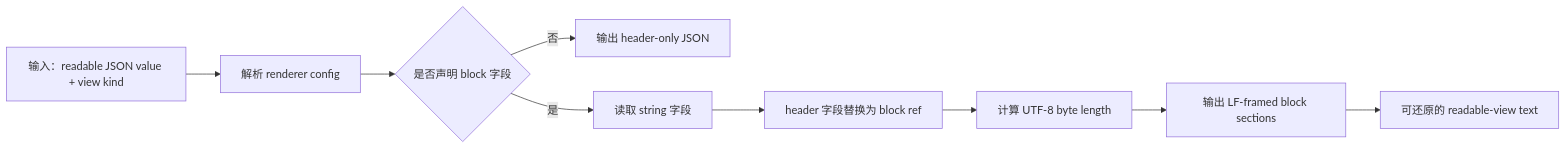
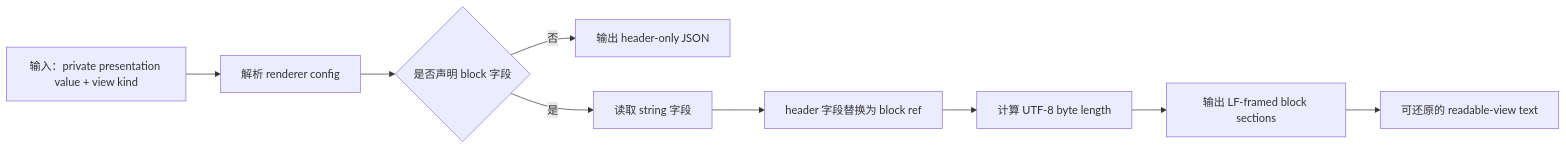
Before and after one commit to zxyycom/docnav: the second of 8 diagrams in docs/testing/cases.md, drawn with Mermaid. The commit also changed other lines of this file and 77 other files, not shown here.

````diff
--- a/docs/testing/cases.md
+++ b/docs/testing/cases.md
@@ -416,11 +415,11 @@
 ```mermaid
 flowchart LR
-  A["输入：readable JSON value + view kind"] --> B["解析 renderer config"]
+  A["输入：private presentation value + view kind"] --> B["解析 renderer config"]
   B --> C{"是否声明 block 字段"}
   C -->|"否"| D["输出 header-only JSON"]
   C -->|"是"| E["读取 string 字段"]
   E --> F["header 字段替换为 block ref"]
   F --> G["计算 UTF-8 byte length"]
   G --> H["输出 LF-framed block sections"]
   H --> I["可还原的 readable-view text"]
 ```
````
